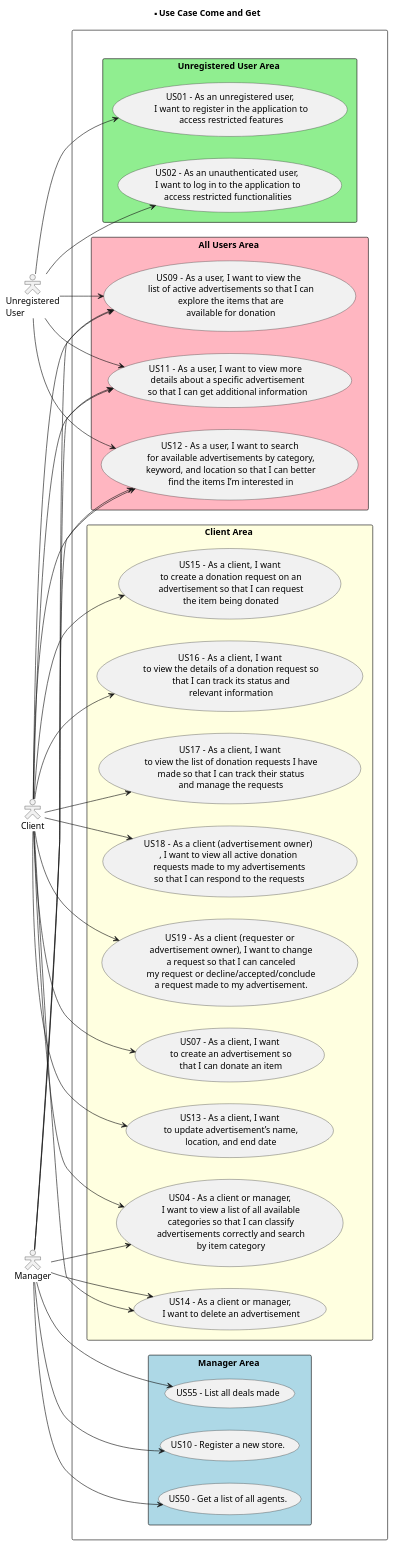
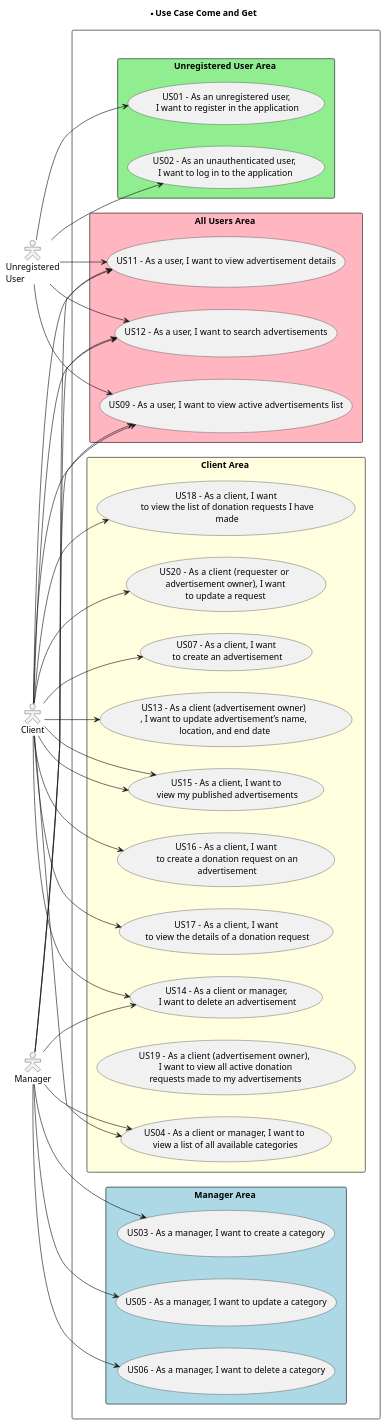
Before and after one commit to vivianeaalmeida/ComeAndGet: the diagram in Docs/global-artifacts/01-requirements-engineering/UCD.puml, drawn with PlantUML.

Commit message:
[Fix] Att UCD Diagram

```diff
--- a/Docs/global-artifacts/01-requirements-engineering/UCD.puml
+++ b/Docs/global-artifacts/01-requirements-engineering/UCD.puml
@@ -1,79 +1,80 @@
 @startuml
 
 title ******* Use Case Come and Get
 
 left to right direction
 skinparam actorStyle hollow
   actor "Unregistered\nUser"
   actor "Client"
   actor "Manager"
 
 
 
 
 rectangle " " as usecase1 {
 
     rectangle "All Users Area " as usecase2 #Lightpink{
 
-            usecase "US09 -  As a user, I want to view the \n list of active advertisements so that I can\n explore the items that are\n available for donation" as US09
-            usecase "US11 -  As a user, I want to view more \n details about a specific advertisement\n so that I can get additional information" as US11
-            usecase "US12 -  As a user, I want to search\n for available advertisements by category,\n keyword, and location so that I can better\n find the items I’m interested in" as US12
+            usecase "US09 -  As a user, I want to view active advertisements list" as US09
+            usecase "US11 -  As a user, I want to view advertisement details" as US11
+            usecase "US12 -  As a user, I want to search advertisements" as US12
 
             "Client" --> US09
             "Client" --> US11
             "Client" --> US12
             "Unregistered\nUser" --> US09
             "Unregistered\nUser" --> US11
             "Unregistered\nUser" --> US12
             "Manager" --> US09
             "Manager" --> US11
             "Manager" --> US12
          }
 
     rectangle "Unregistered User Area " as usecase3 #Lightgreen{
 
-            usecase "US01 - As an unregistered user,\n I want to register in the application to\n access restricted features" as US01
-            usecase "US02 - As an unauthenticated user,\n I want to log in to the application to\n access restricted functionalities" as US02
+            usecase "US01 - As an unregistered user,\n I want to register in the application" as US01
+            usecase "US02 - As an unauthenticated user,\n I want to log in to the application" as US02
 
             "Unregistered\nUser" --> US01
             "Unregistered\nUser" --> US02
          }
 
      rectangle "Client Area " as usecase4 #Lightyellow{
 
-            usecase "US04 - As a client or manager,\n I want to view a list of all available\n categories so that I can classify\n advertisements correctly and search\n by item category" as US04
-            usecase "US07 - As a client, I want\n to create an advertisement so\n that I can donate an item" as US07
-            usecase "US13 - As a client, I want\n to update advertisement’s name,\n location, and end date" as US13
+            usecase "US04 - As a client or manager, I want to\n view a list of all available categories" as US04
+            usecase "US07 - As a client, I want\n to create an advertisement" as US07
+            usecase "US13 - As a client (advertisement owner)\n, I want to update advertisement’s name,\n location, and end date" as US13
+            usecase "US15 - As a client, I want to\n view my published advertisements" as US15
             usecase "US14 - As a client or manager,\n I want to delete an advertisement" as US14
-            usecase "US15 -  As a client, I want\n to create a donation request on an\n advertisement so that I can request\n the item being donated" as US15
-            usecase "US16 -   As a client, I want\n to view the details of a donation request so\n that I can track its status and\n relevant information" as US16
-            usecase "US17 -  As a client, I want\n to view the list of donation requests I have\n made so that I can track their status\n and manage the requests" as US17
-            usecase "US18 -   As a client (advertisement owner)\n, I want to view all active donation\n requests made to my advertisements\n so that I can respond to the requests" as US18
-            usecase "US19 -   As a client (requester or\n advertisement owner), I want to change\n a request so that I can canceled\n my request or decline/accepted/conclude\n a request made to my advertisement." as US19
+            usecase "US16 -  As a client, I want\n to create a donation request on an\n advertisement" as US16
+            usecase "US17 -   As a client, I want\n to view the details of a donation request" as US17
+            usecase "US18 -  As a client, I want\n to view the list of donation requests I have\n made" as US18
+            usecase "US19 -   As a client (advertisement owner),\n I want to view all active donation\n requests made to my advertisements" as US19
+            usecase "US20 -   As a client (requester or\n advertisement owner), I want\n to update a request" as US20
 
-            "Client" --> US19
+            "Client" --> US15
+            "Client" --> US20
             "Client" --> US18
             "Client" --> US17
             "Client" --> US16
             "Client" --> US15
             "Client" --> US14
             "Client" --> US13
             "Client" --> US04
             "Client" --> US07
             "Manager" --> US04
             "Manager" --> US14
 
         }
 
     rectangle "Manager Area " as usecase5 #Lightblue{
 
-            usecase "US10 - Register a new store." as US10
-            usecase "US50 - Get a list of all agents." as US50
-            usecase "US55 - List all deals made" as US55
-            "Manager" --> US10
-            "Manager" --> US50
-            "Manager" --> US55
+            usecase "US03 - As a manager, I want to create a category" as US03
+            usecase "US05 - As a manager, I want to update a category" as US05
+            usecase "US06 - As a manager, I want to delete a category" as US06
+            "Manager" --> US03
+            "Manager" --> US05
+            "Manager" --> US06
         }
-
 }
 @enduml
```
